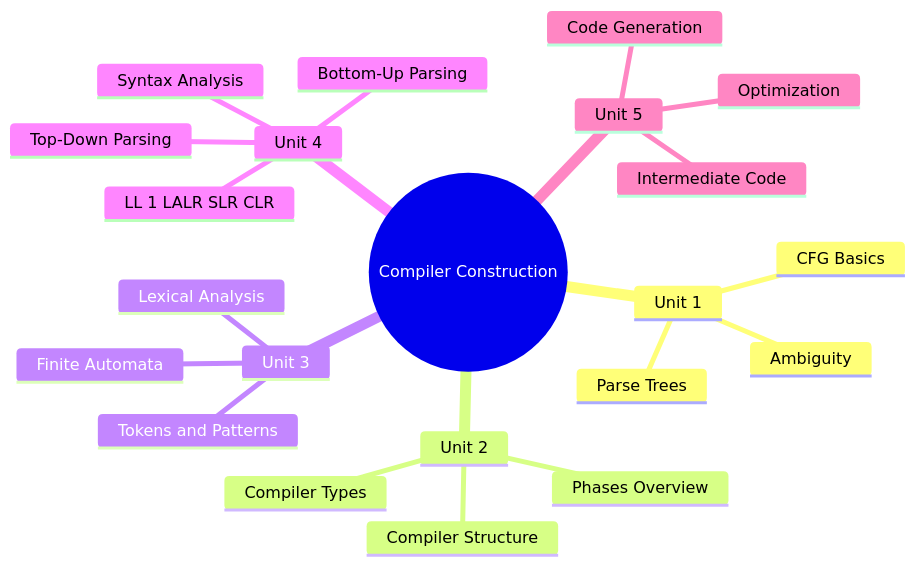
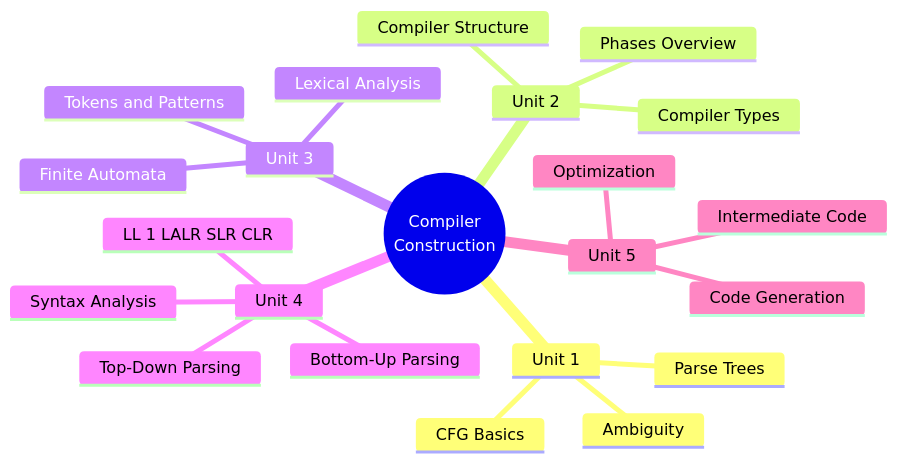
One commit to amitdevx/TY changed the first of 2 diagrams in 02-Semester-VI/CS-354-MJ-T-Compiler-Construction/Overview.md. Above: the diagram before and after it, drawn with Mermaid. The commit also changed other lines of this file and 65 other files, not shown here.

Commit message:
fix:graph vertical

````diff
--- a/02-Semester-VI/CS-354-MJ-T-Compiler-Construction/Overview.md
+++ b/02-Semester-VI/CS-354-MJ-T-Compiler-Construction/Overview.md
@@ -43,25 +43,25 @@
 ```mermaid
 mindmap
-  root((Compiler Construction))
+  root((Compiler<br/>Construction))
     Unit 1
       CFG Basics
       Parse Trees
       Ambiguity
     Unit 2
       Compiler Structure
       Phases Overview
       Compiler Types
     Unit 3
       Lexical Analysis
       Tokens and Patterns
       Finite Automata
     Unit 4
       Syntax Analysis
       Top-Down Parsing
       Bottom-Up Parsing
       LL 1 LALR SLR CLR
     Unit 5
       Code Generation
       Intermediate Code
       Optimization
 ```
````
